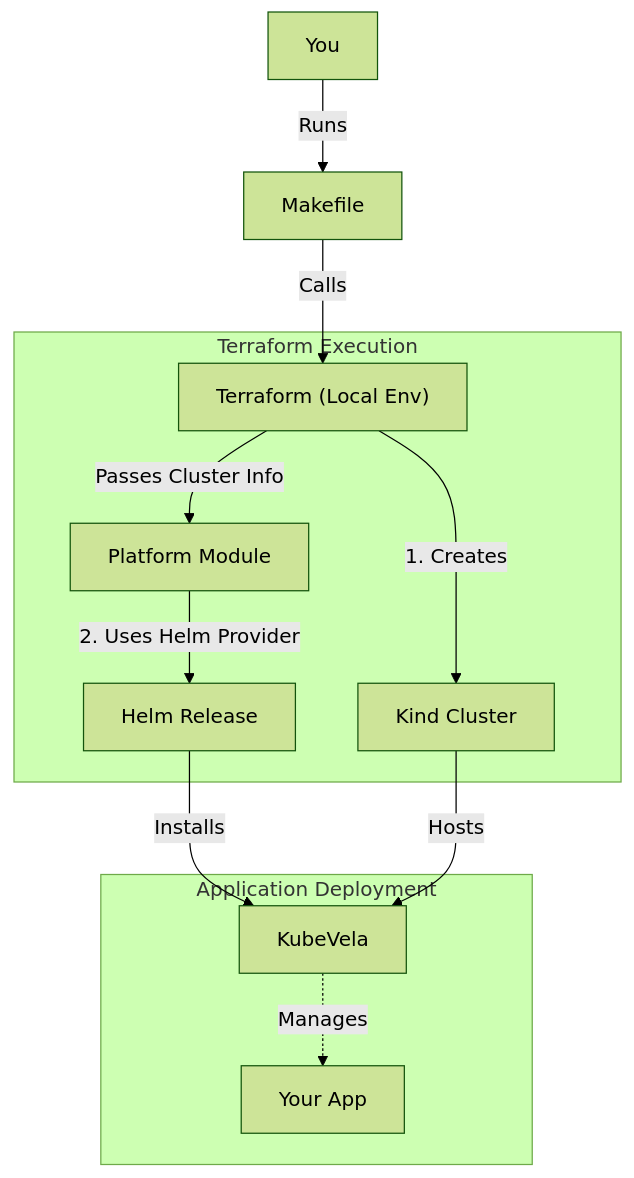
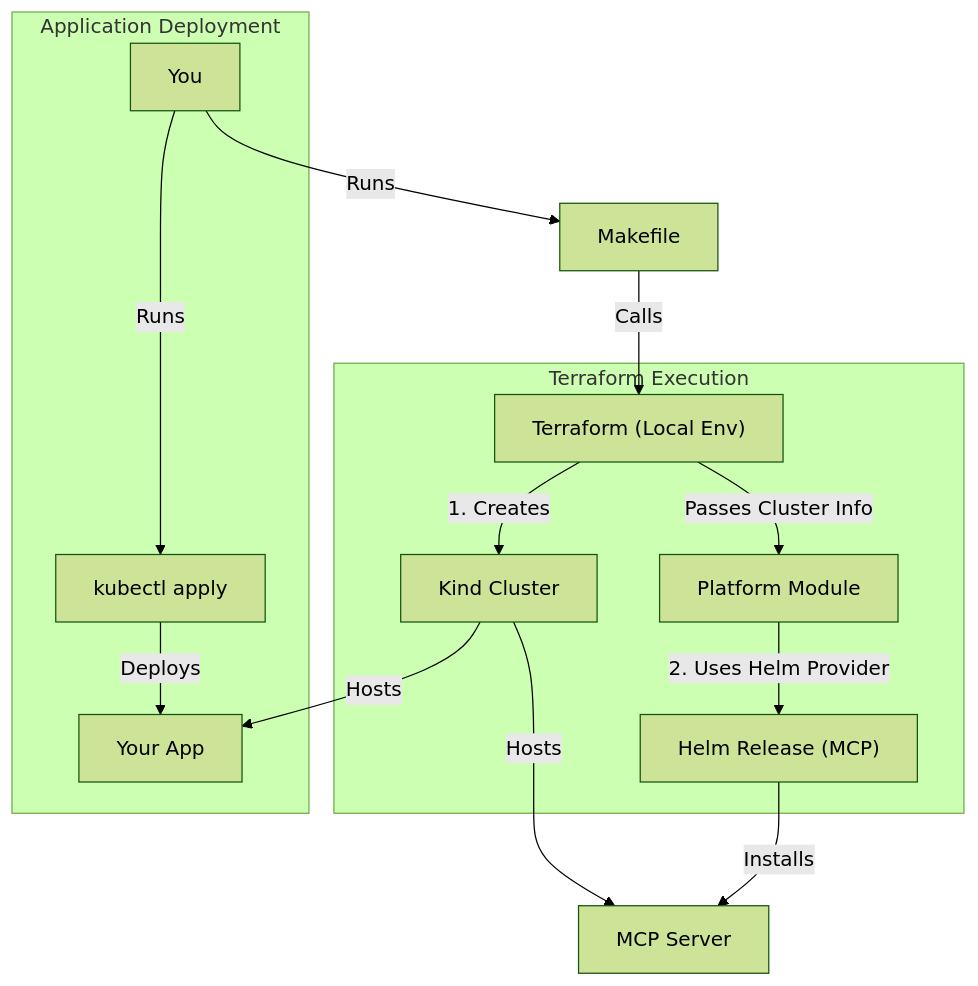
The diagram in private/LEARNING.md (felipepenha/helm4genai), drawn with Mermaid (forest theme) before and after one commit. The commit also changed other lines of this file and 16 other files, not shown here.

````diff
--- a/private/LEARNING.md
+++ b/private/LEARNING.md
@@ -93,18 +92,20 @@
 ```mermaid
 graph TD
     User[You] -->|Runs| Make[Makefile]
     Make -->|Calls| TF["Terraform (Local Env)"]
     
     subgraph "Terraform Execution"
         TF -->|1. Creates| Cluster["Kind Cluster"]
         TF -->|"Passes Cluster Info"| Module["Platform Module"]
-        Module -->|2. Uses Helm Provider| Helm["Helm Release"]
+        Module -->|2. Uses Helm Provider| Helm["Helm Release (MCP)"]
     end
     
-    Helm -->|Installs| Vela[KubeVela]
-    Cluster -->|Hosts| Vela
+    Helm -->|Installs| MCP[MCP Server]
+    Cluster -->|Hosts| MCP
     
     subgraph "Application Deployment"
-        Vela -.->|Manages| App["Your App"]
+        User -->|Runs| kubectl[kubectl apply]
+        kubectl -->|Deploys| App["Your App"]
+        Cluster -->|Hosts| App
     end
 ```
````
